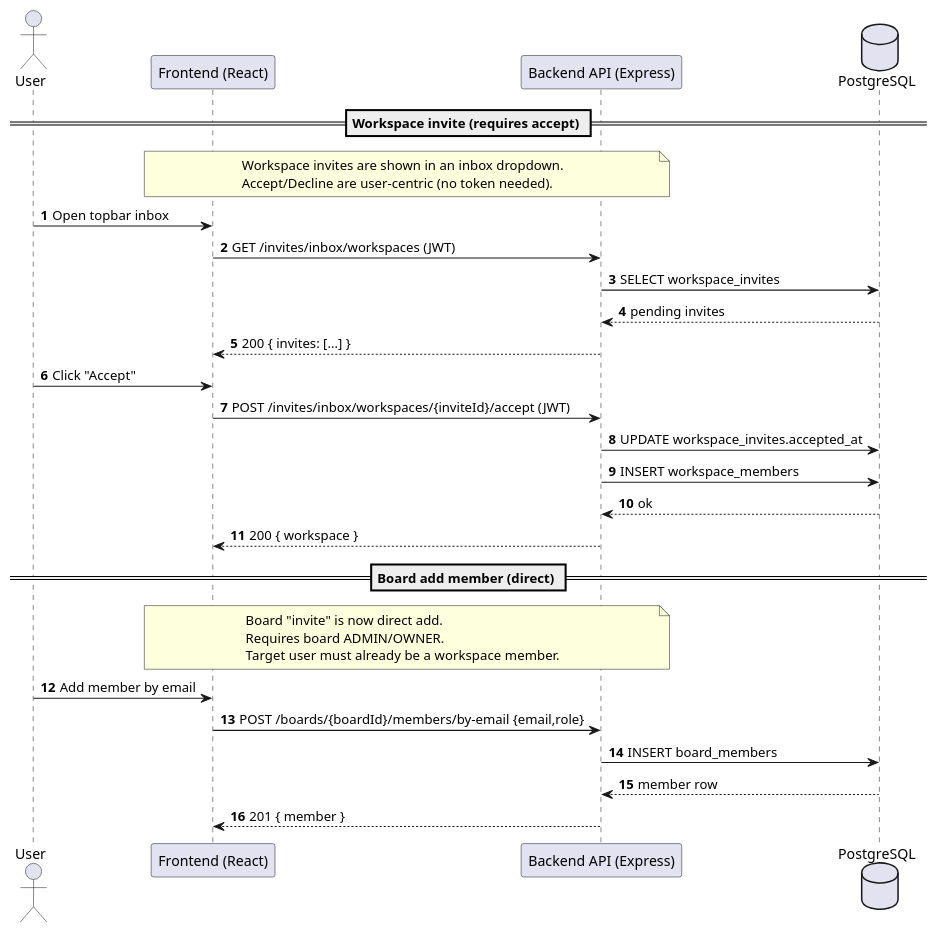
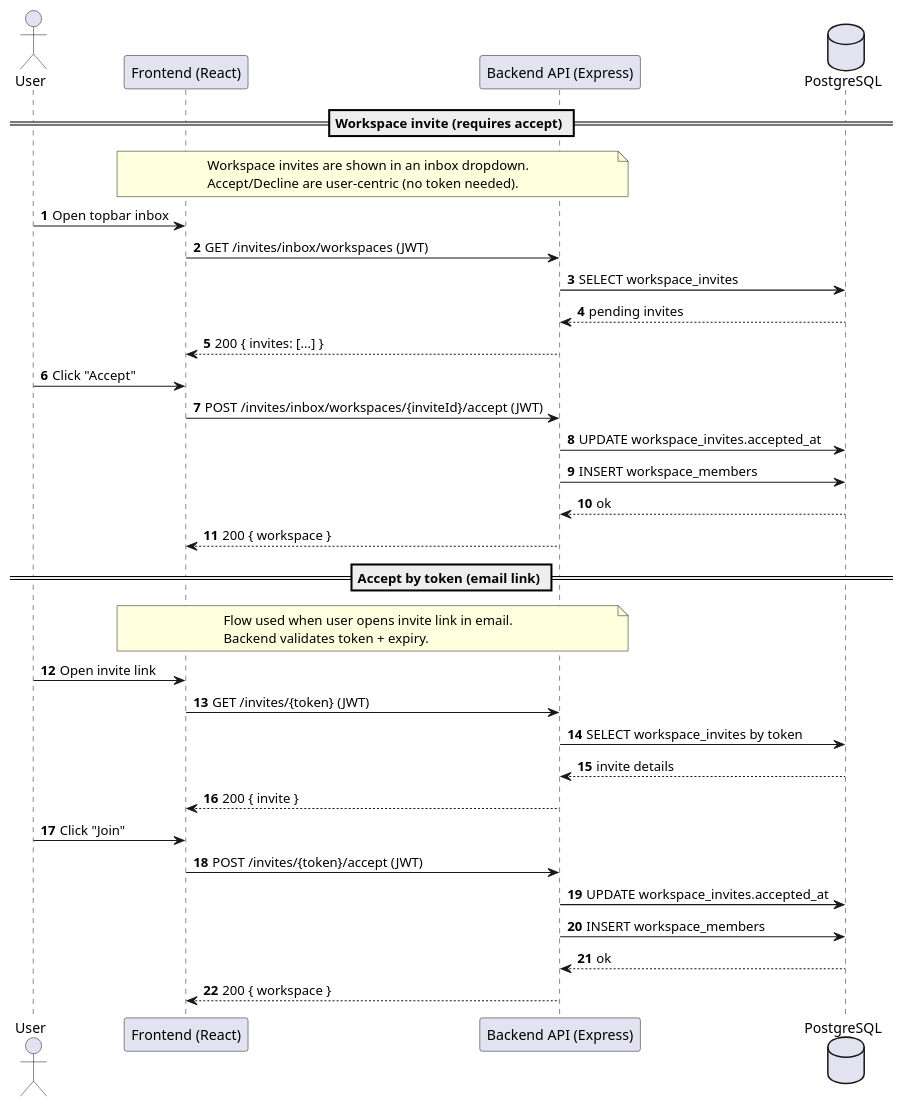
The second of 4 diagrams in docs/diagrams/sequence-diagram.md (tvquang0511/TeamHub), drawn with PlantUML before and after one commit. The commit also changed other lines of this file and 45 other files, not shown here.

````diff
--- a/docs/diagrams/sequence-diagram.md
+++ b/docs/diagrams/sequence-diagram.md
@@ -41,41 +41,47 @@
 ```plantuml
 @startuml
 autonumber
 actor "User" as U
 participant "Frontend (React)" as FE
 participant "Backend API (Express)" as API
 database "PostgreSQL" as DB
 
 == Workspace invite (requires accept) ==
 note over FE,API
 Workspace invites are shown in an inbox dropdown.
 Accept/Decline are user-centric (no token needed).
 end note
 
 U -> FE: Open topbar inbox
 FE -> API: GET /invites/inbox/workspaces (JWT)
 API -> DB: SELECT workspace_invites
 DB --> API: pending invites
 API --> FE: 200 { invites: [...] }
 
 U -> FE: Click "Accept"
 FE -> API: POST /invites/inbox/workspaces/{inviteId}/accept (JWT)
 API -> DB: UPDATE workspace_invites.accepted_at
 API -> DB: INSERT workspace_members
 DB --> API: ok
 API --> FE: 200 { workspace }
 
-== Board add member (direct) ==
+== Accept by token (email link) ==
 note over FE,API
-Board "invite" is now direct add.
-Requires board ADMIN/OWNER.
-Target user must already be a workspace member.
+Flow used when user opens invite link in email.
+Backend validates token + expiry.
 end note
 
-U -> FE: Add member by email
-FE -> API: POST /boards/{boardId}/members/by-email {email,role}
-API -> DB: INSERT board_members
-DB --> API: member row
-API --> FE: 201 { member }
+U -> FE: Open invite link
+FE -> API: GET /invites/{token} (JWT)
+API -> DB: SELECT workspace_invites by token
+DB --> API: invite details
+API --> FE: 200 { invite }
+
+U -> FE: Click "Join"
+FE -> API: POST /invites/{token}/accept (JWT)
+API -> DB: UPDATE workspace_invites.accepted_at
+API -> DB: INSERT workspace_members
+DB --> API: ok
+API --> FE: 200 { workspace }
 @enduml
 ```
````
